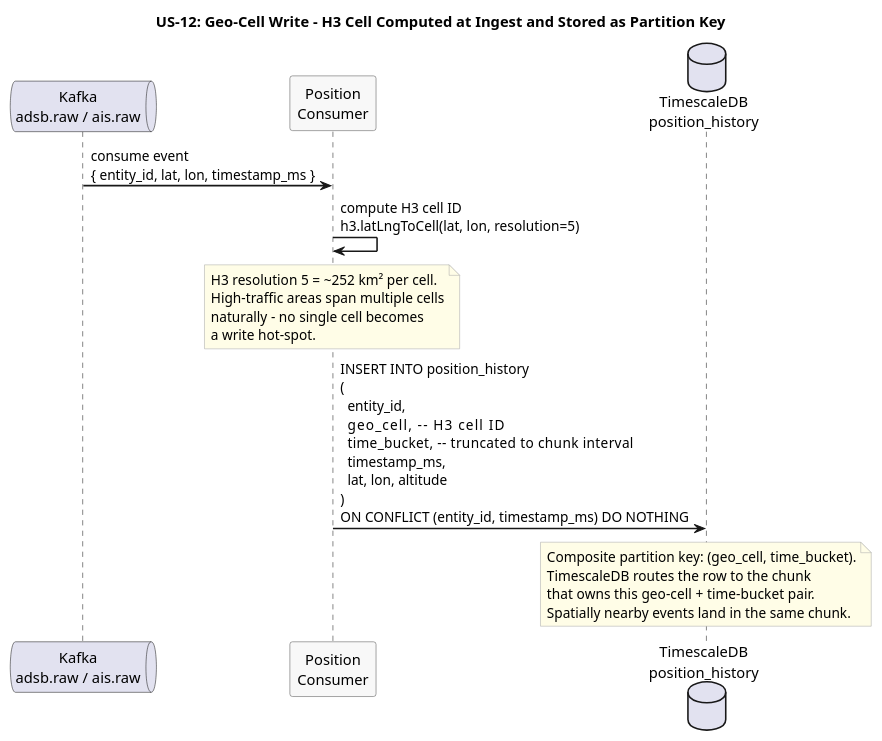
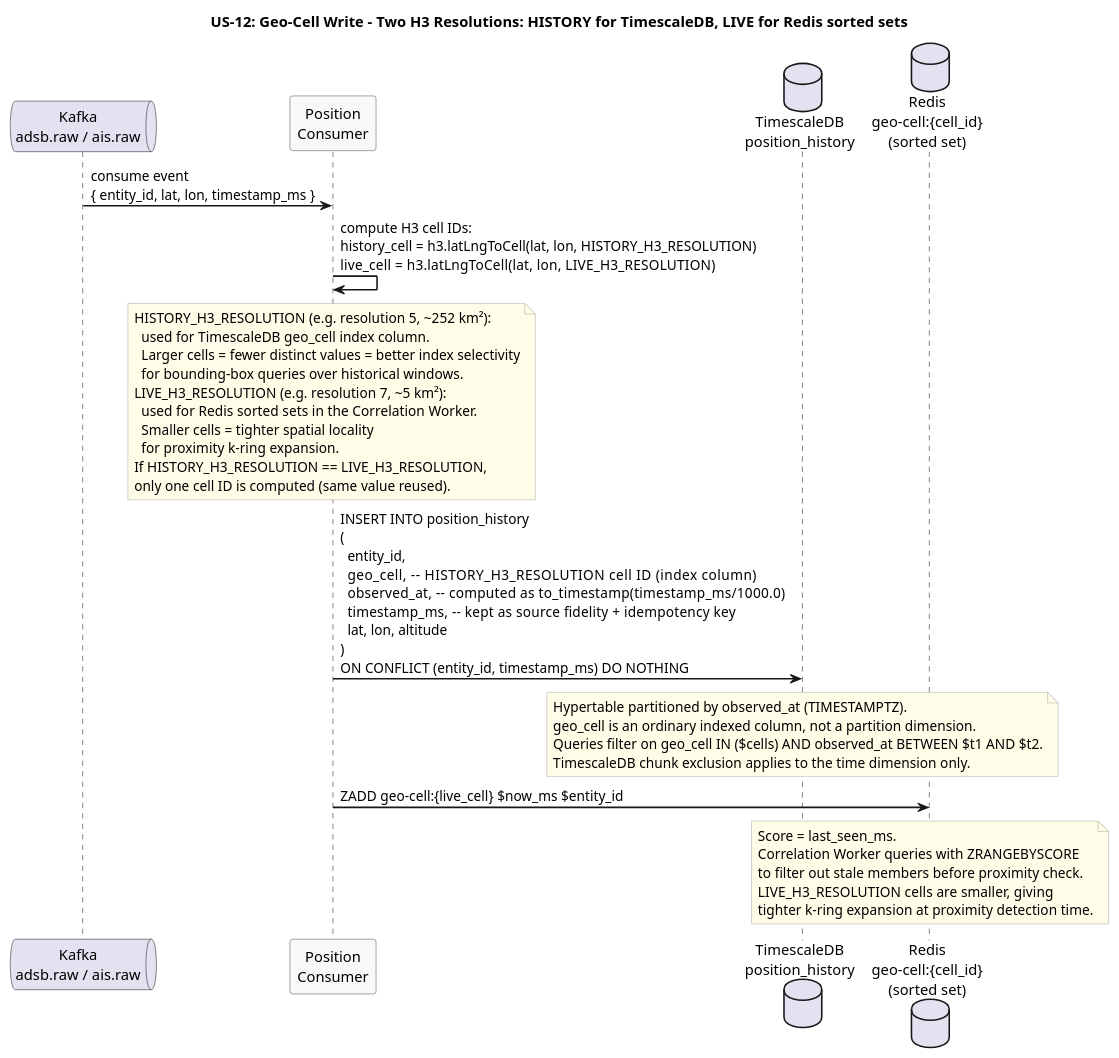
The diagram in docs/use-cases/US-12-geo-spatial-efficiency/geo-cell-write.puml (Buffden/sentinel), drawn with PlantUML before and after one commit. The commit also changed 5 other files, not shown here.

First line of the commit message:
schema: fix TimescaleDB time model — observed_at as partition column, geo_cell as index

```diff
--- a/docs/use-cases/US-12-geo-spatial-efficiency/geo-cell-write.puml
+++ b/docs/use-cases/US-12-geo-spatial-efficiency/geo-cell-write.puml
@@ -1,34 +1,50 @@
 @startuml geo-cell-write
-title US-12: Geo-Cell Write - H3 Cell Computed at Ingest and Stored as Partition Key
+title US-12: Geo-Cell Write - Two H3 Resolutions: HISTORY for TimescaleDB, LIVE for Redis sorted sets
 
 skinparam sequenceArrowThickness 1.5
 skinparam participantBorderColor #555555
 skinparam participantBackgroundColor #F8F8F8
 skinparam noteBorderColor #AAAAAA
 skinparam noteBackgroundColor #FFFDE7
 
 queue "Kafka\nadsb.raw / ais.raw" as Kafka
 participant "Position\nConsumer" as Consumer
 database "TimescaleDB\nposition_history" as TSDB
+database "Redis\ngeo-cell:{cell_id}\n(sorted set)" as GeoCell
 
 Kafka -> Consumer : consume event\n{ entity_id, lat, lon, timestamp_ms }
 
-Consumer -> Consumer : compute H3 cell ID\nh3.latLngToCell(lat, lon, resolution=5)
+Consumer -> Consumer : compute H3 cell IDs:\nhistory_cell = h3.latLngToCell(lat, lon, HISTORY_H3_RESOLUTION)\nlive_cell    = h3.latLngToCell(lat, lon, LIVE_H3_RESOLUTION)
 
 note over Consumer
-  H3 resolution 5 = ~252 km² per cell.
-  High-traffic areas span multiple cells
-  naturally - no single cell becomes
-  a write hot-spot.
+  HISTORY_H3_RESOLUTION (e.g. resolution 5, ~252 km²):
+    used for TimescaleDB geo_cell index column.
+    Larger cells = fewer distinct values = better index selectivity
+    for bounding-box queries over historical windows.
+  LIVE_H3_RESOLUTION (e.g. resolution 7, ~5 km²):
+    used for Redis sorted sets in the Correlation Worker.
+    Smaller cells = tighter spatial locality
+    for proximity k-ring expansion.
+  If HISTORY_H3_RESOLUTION == LIVE_H3_RESOLUTION,
+  only one cell ID is computed (same value reused).
 end note
 
-Consumer -> TSDB : INSERT INTO position_history\n(\n  entity_id,\n  geo_cell,        -- H3 cell ID\n  time_bucket,     -- truncated to chunk interval\n  timestamp_ms,\n  lat, lon, altitude\n)\nON CONFLICT (entity_id, timestamp_ms) DO NOTHING
+Consumer -> TSDB : INSERT INTO position_history\n(\n  entity_id,\n  geo_cell,        -- HISTORY_H3_RESOLUTION cell ID (index column)\n  observed_at,     -- computed as to_timestamp(timestamp_ms/1000.0)\n  timestamp_ms,    -- kept as source fidelity + idempotency key\n  lat, lon, altitude\n)\nON CONFLICT (entity_id, timestamp_ms) DO NOTHING
 
 note over TSDB
-  Composite partition key: (geo_cell, time_bucket).
-  TimescaleDB routes the row to the chunk
-  that owns this geo-cell + time-bucket pair.
-  Spatially nearby events land in the same chunk.
+  Hypertable partitioned by observed_at (TIMESTAMPTZ).
+  geo_cell is an ordinary indexed column, not a partition dimension.
+  Queries filter on geo_cell IN ($cells) AND observed_at BETWEEN $t1 AND $t2.
+  TimescaleDB chunk exclusion applies to the time dimension only.
+end note
+
+Consumer -> GeoCell : ZADD geo-cell:{live_cell} $now_ms $entity_id
+note over GeoCell
+  Score = last_seen_ms.
+  Correlation Worker queries with ZRANGEBYSCORE
+  to filter out stale members before proximity check.
+  LIVE_H3_RESOLUTION cells are smaller, giving
+  tighter k-ring expansion at proximity detection time.
 end note
 
 @enduml
```
